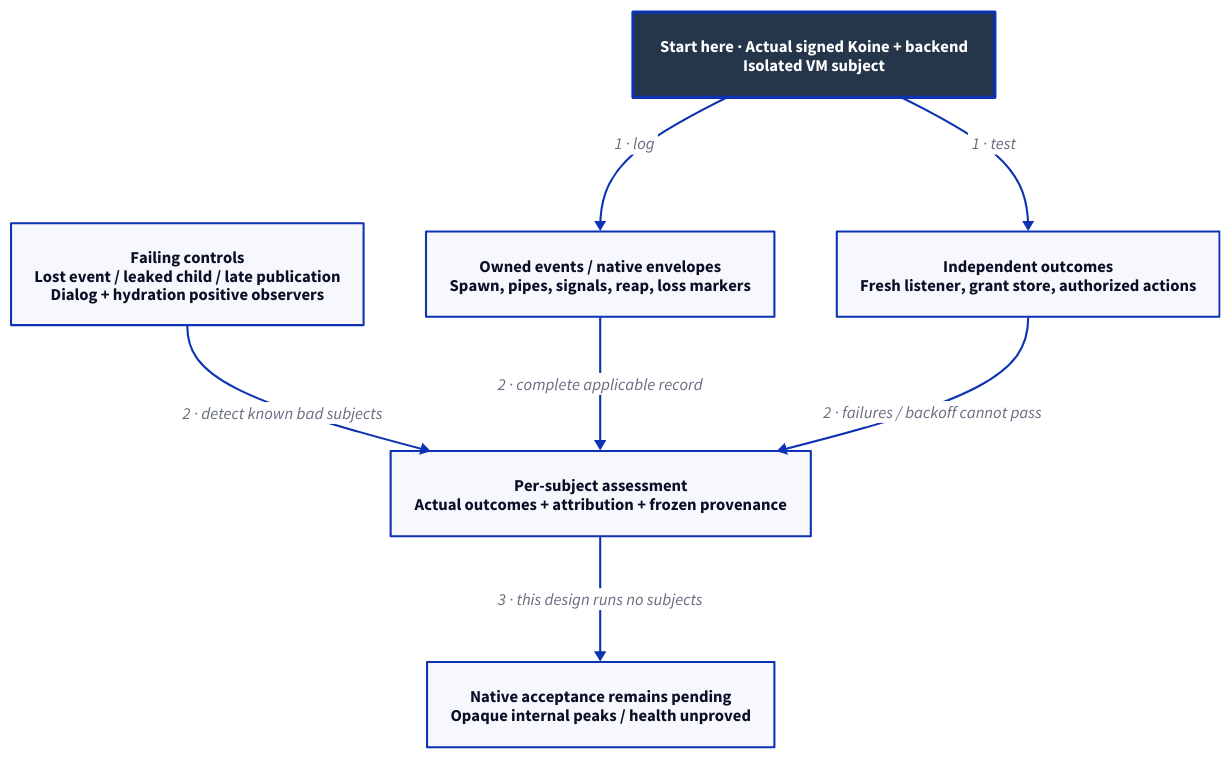
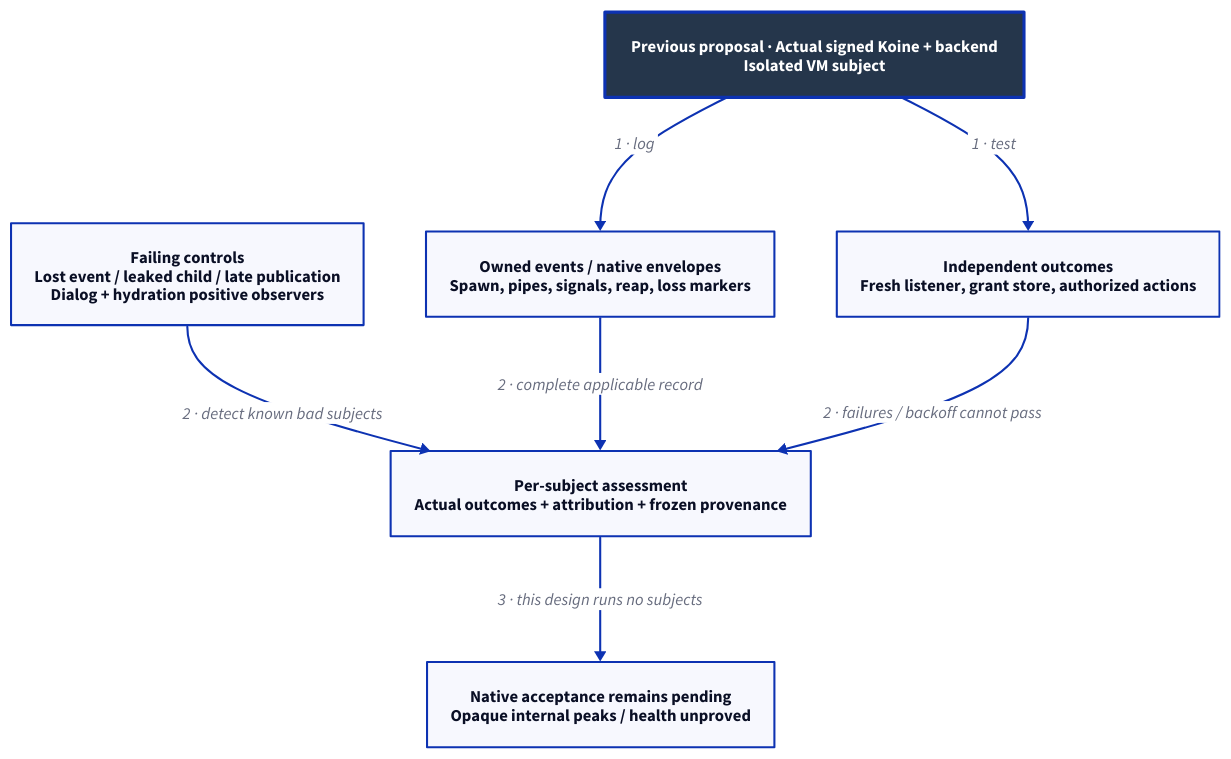
Before and after one commit to Linkuistics/Koine: the diagram in docs/design/architecture/search-serviceability.d2, drawn with D2. The commit also changed 138 other files, not shown here.

First line of the commit message:
Move raw search to clients and define v1 native discovery (search-tool-permissions-k196)

```diff
--- a/docs/design/architecture/search-serviceability.d2
+++ b/docs/design/architecture/search-serviceability.d2
@@ -1,17 +1,17 @@
-# Selected mechanism, subject to human choices/review/native acceptance.
+# Previous raw-search proposal only; not the current v1 API or backend.
 direction: down
 classes: {
   start: {style: {fill: "#25364B"; font-color: "#FFFFFF"; bold: true; stroke-width: 3}}
 }
-Start: "Start here · Actual signed Koine + backend\nIsolated VM subject" {class: start}
+Start: "Previous proposal · Actual signed Koine + backend\nIsolated VM subject" {class: start}
 Events: "Owned events / native envelopes\nSpawn, pipes, signals, reap, loss markers"
 Independent: "Independent outcomes\nFresh listener, grant store, authorized actions"
 Controls: "Failing controls\nLost event / leaked child / late publication\nDialog + hydration positive observers"
 Assess: "Per-subject assessment\nActual outcomes + attribution + frozen provenance"
 Pending: "Native acceptance remains pending\nOpaque internal peaks / health unproved"
 Start -> Events: "1 · log"
 Start -> Independent: "1 · test"
 Controls -> Assess: "2 · detect known bad subjects"
 Events -> Assess: "2 · complete applicable record"
 Independent -> Assess: "2 · failures / backoff cannot pass"
 Assess -> Pending: "3 · this design runs no subjects"
```
